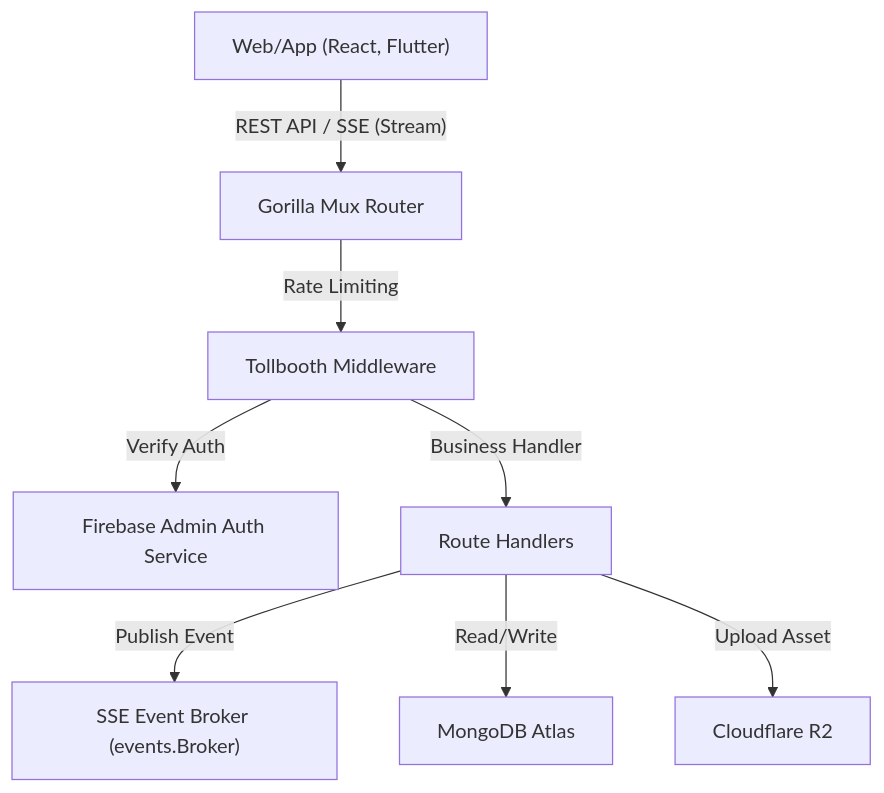
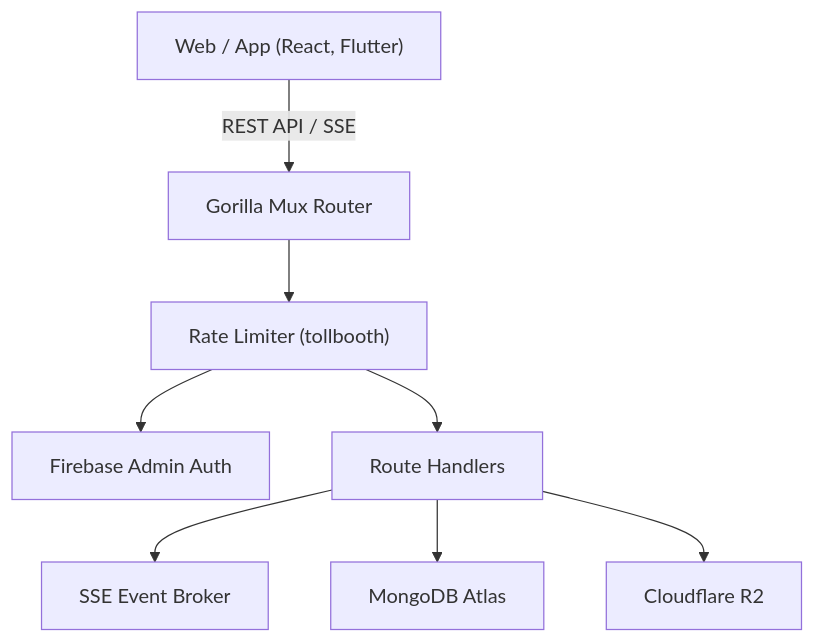
Before and after one commit to Espi8624/yoyaku_mate_server: the diagram in README.ko.md, drawn with Mermaid. The commit also changed other lines of this file and 20 other files, not shown here.

````diff
--- a/README.ko.md
+++ b/README.ko.md
@@ -44,10 +64,10 @@
 ```mermaid
 graph TD
-    Client["Web/App (React, Flutter)"] -->|"REST API / SSE (Stream)"| Router["Gorilla Mux Router"]
-    Router -->|"Rate Limiting"| Middleware["Tollbooth Middleware"]
-    Middleware -->|"Verify Auth"| Auth["Firebase Admin Auth Service"]
-    Middleware -->|"Business Handler"| Handlers["Route Handlers"]
-    Handlers -->|"Publish Event"| Broker["SSE Event Broker (events.Broker)"]
-    Handlers -->|"Read/Write"| DB["MongoDB Atlas"]
-    Handlers -->|"Upload Asset"| Storage["Cloudflare R2"]
+    Client["Web / App (React, Flutter)"] -->|"REST API / SSE"| Router["Gorilla Mux Router"]
+    Router --> Middleware["Rate Limiter (tollbooth)"]
+    Middleware --> Auth["Firebase Admin Auth"]
+    Middleware --> Handlers["Route Handlers"]
+    Handlers --> Broker["SSE Event Broker"]
+    Handlers --> DB["MongoDB Atlas"]
+    Handlers --> Storage["Cloudflare R2"]
 ```
````
